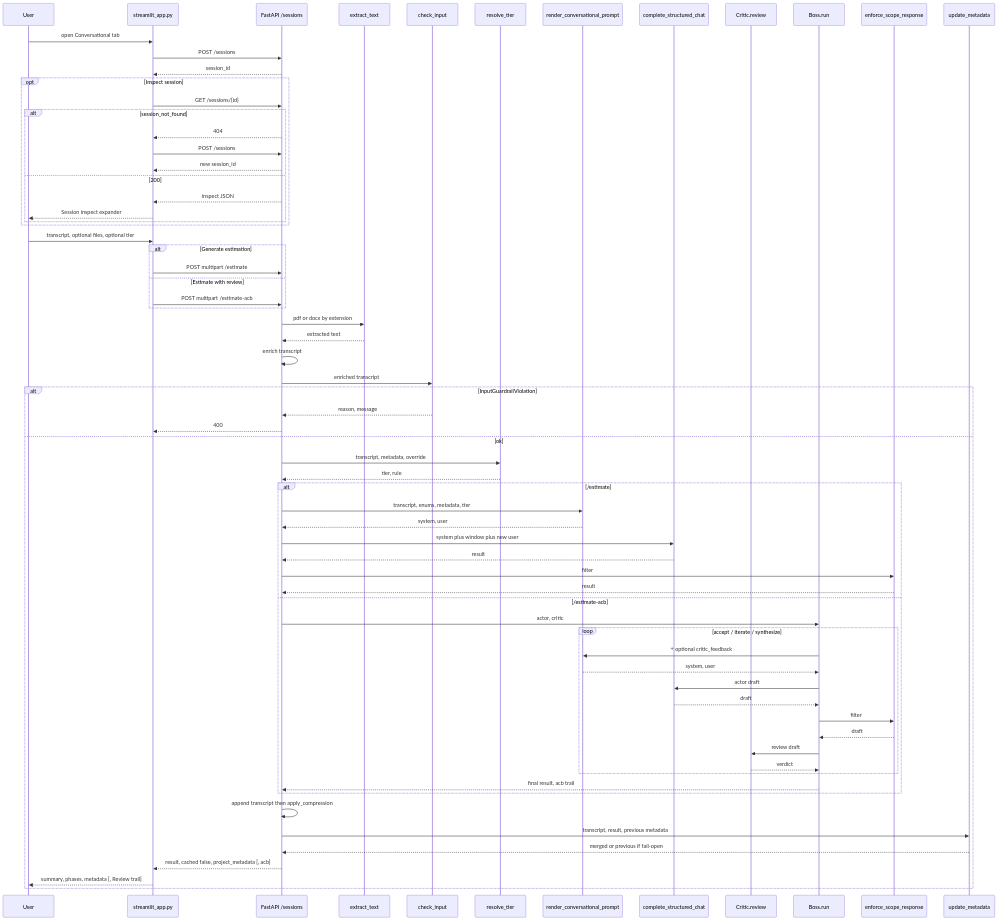
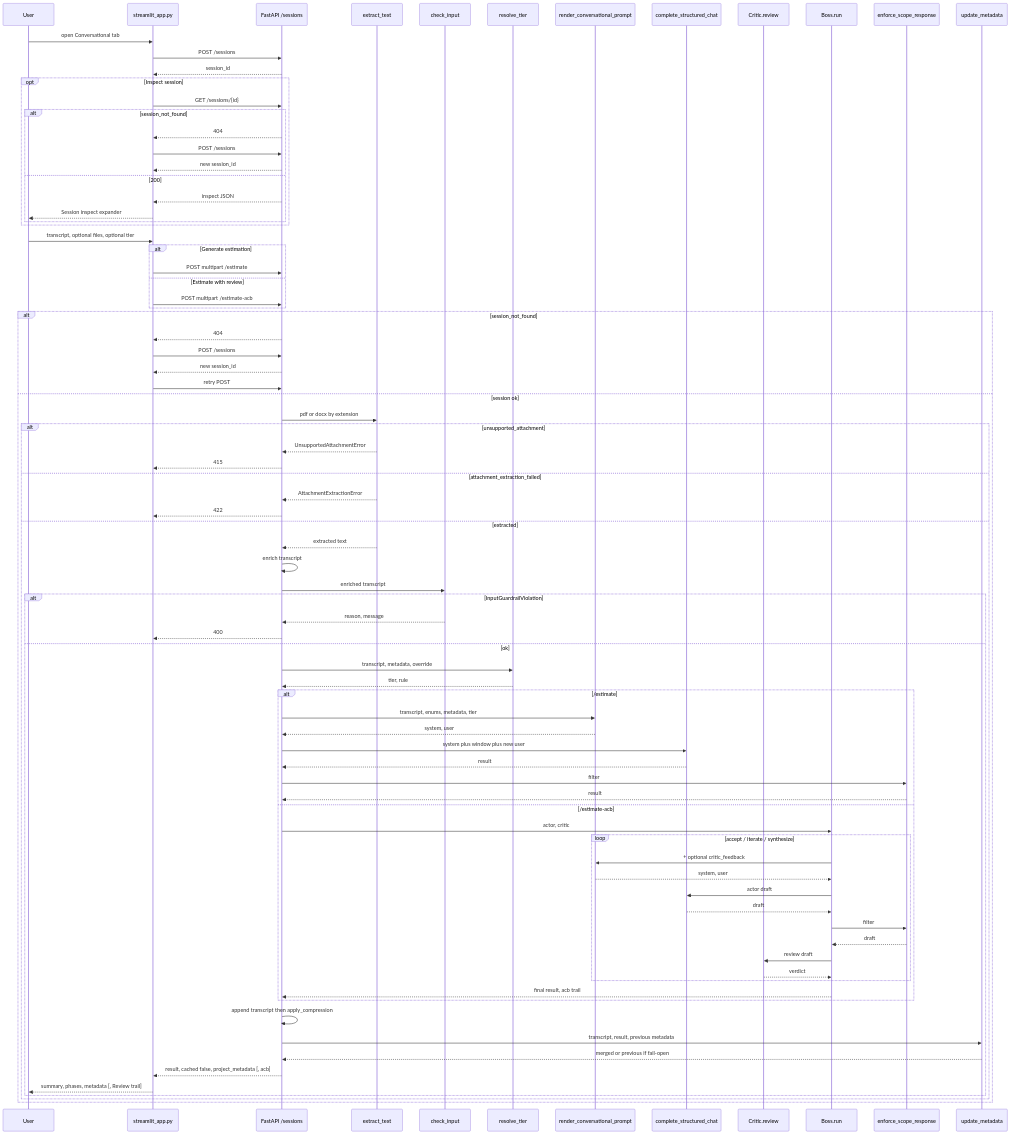
The diagram in estimador-cag/README.md (morales4dev/ai-engineering), drawn with Mermaid before and after one commit. The commit also changed other lines of this file and 1 other file, not shown here.

Commit message:
Docs only: correct README inaccuracies and bring evolution.md up to session 5.

````diff
--- a/estimador-cag/README.md
+++ b/estimador-cag/README.md
@@ -133,41 +133,56 @@
     else Estimate with review
         UI->>API: POST multipart /estimate-acb
     end
-    API->>Attach: pdf or docx by extension
-    Attach-->>API: extracted text
-    API->>API: enrich transcript
-    API->>In: enriched transcript
-    alt InputGuardrailViolation
-        In-->>API: reason, message
-        API-->>UI: 400
-    else ok
-        API->>Tier: transcript, metadata, override
-        Tier-->>API: tier, rule
-        alt /estimate
-            API->>Loader: transcript, enums, metadata, tier
-            Loader-->>API: system, user
-            API->>W: system plus window plus new user
-            W-->>API: result
-            API->>Out: filter
-            Out-->>API: result
-        else /estimate-acb
-            API->>Boss: actor, critic
-            loop accept / iterate / synthesize
-                Boss->>Loader: + optional critic_feedback
-                Loader-->>Boss: system, user
-                Boss->>W: actor draft
-                W-->>Boss: draft
-                Boss->>Out: filter
-                Out-->>Boss: draft
-                Boss->>Critic: review draft
-                Critic-->>Boss: verdict
+    alt session_not_found
+        API-->>UI: 404
+        UI->>API: POST /sessions
+        API-->>UI: new session_id
+        UI->>API: retry POST
+    else session ok
+        API->>Attach: pdf or docx by extension
+        alt unsupported_attachment
+            Attach-->>API: UnsupportedAttachmentError
+            API-->>UI: 415
+        else attachment_extraction_failed
+            Attach-->>API: AttachmentExtractionError
+            API-->>UI: 422
+        else extracted
+            Attach-->>API: extracted text
+            API->>API: enrich transcript
+            API->>In: enriched transcript
+            alt InputGuardrailViolation
+                In-->>API: reason, message
+                API-->>UI: 400
+            else ok
+                API->>Tier: transcript, metadata, override
+                Tier-->>API: tier, rule
+                alt /estimate
+                    API->>Loader: transcript, enums, metadata, tier
+                    Loader-->>API: system, user
+                    API->>W: system plus window plus new user
+                    W-->>API: result
+                    API->>Out: filter
+                    Out-->>API: result
+                else /estimate-acb
+                    API->>Boss: actor, critic
+                    loop accept / iterate / synthesize
+                        Boss->>Loader: + optional critic_feedback
+                        Loader-->>Boss: system, user
+                        Boss->>W: actor draft
+                        W-->>Boss: draft
+                        Boss->>Out: filter
+                        Out-->>Boss: draft
+                        Boss->>Critic: review draft
+                        Critic-->>Boss: verdict
+                    end
+                    Boss-->>API: final result, acb trail
+                end
+                API->>API: append transcript then apply_compression
+                API->>Ext: transcript, result, previous metadata
+                Ext-->>API: merged or previous if fail-open
+                API-->>UI: result, cached false, project_metadata [, acb]
+                UI-->>User: summary, phases, metadata [, Review trail]
             end
-            Boss-->>API: final result, acb trail
         end
-        API->>API: append transcript then apply_compression
-        API->>Ext: transcript, result, previous metadata
-        Ext-->>API: merged or previous if fail-open
-        API-->>UI: result, cached false, project_metadata [, acb]
-        UI-->>User: summary, phases, metadata [, Review trail]
     end
 ```
````
